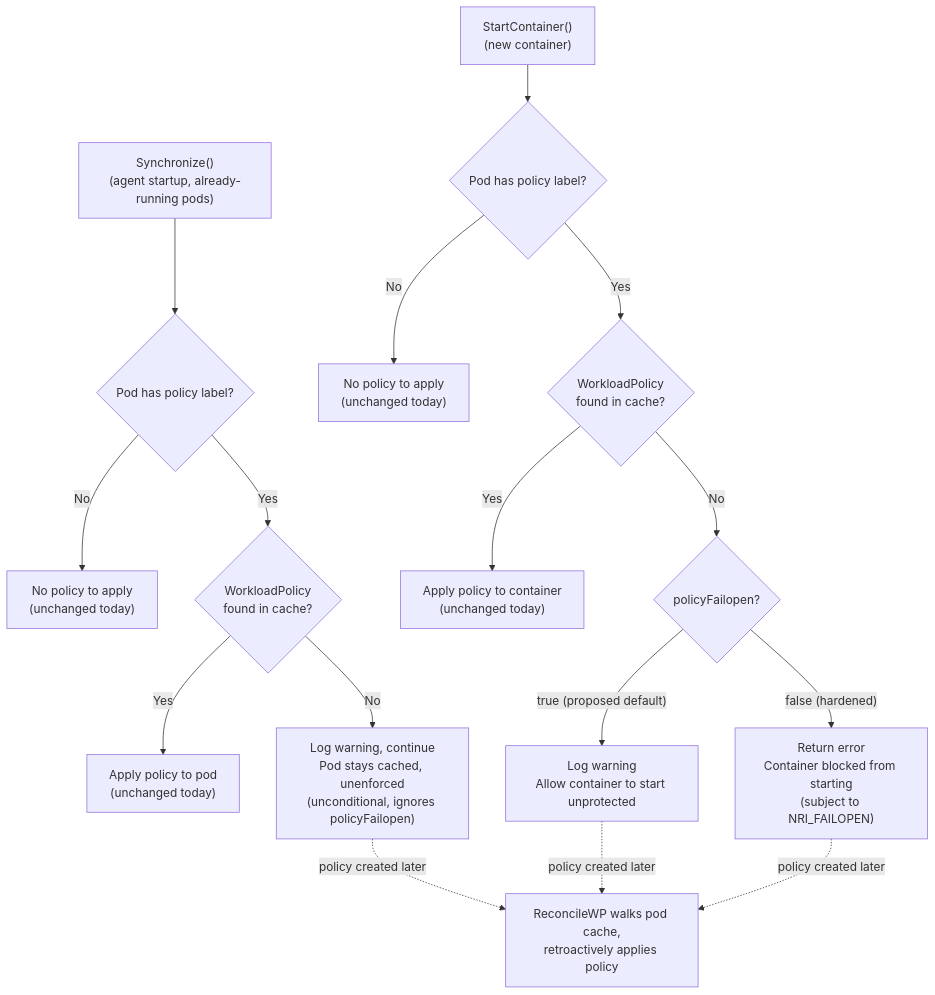
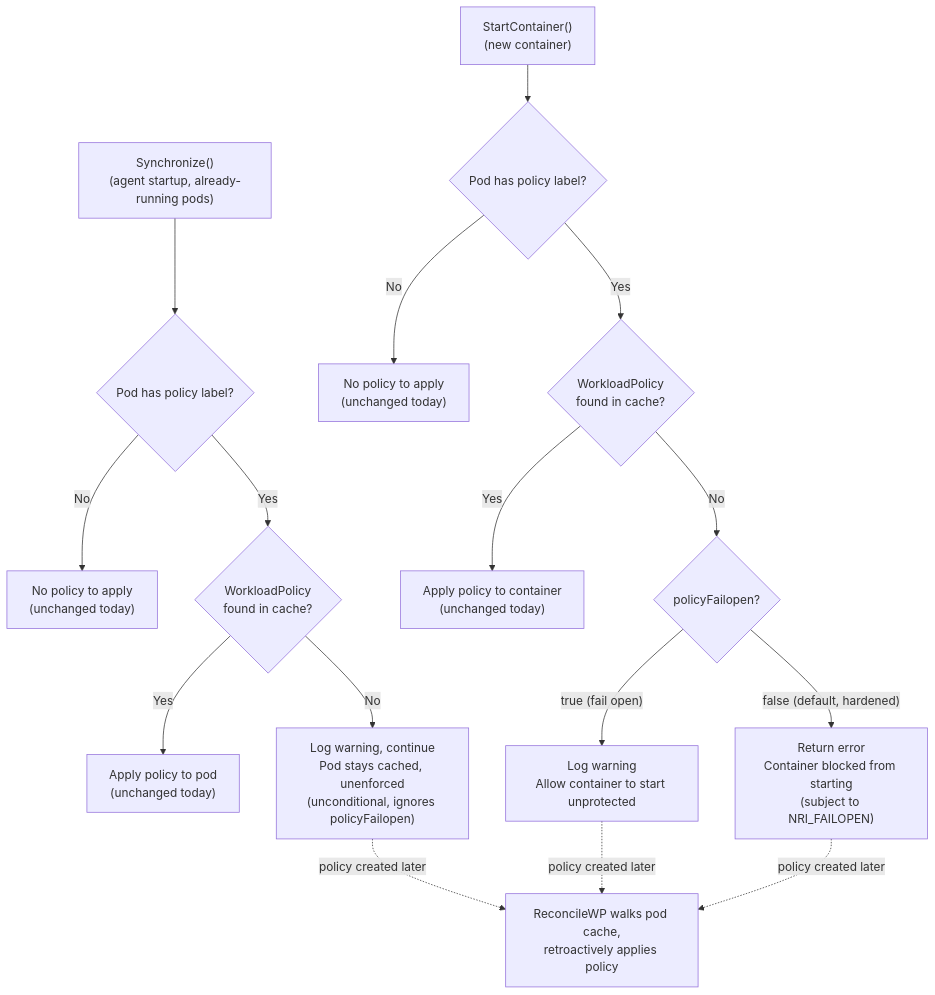
The diagram in docs/rfc/0009-missing-workload-policy-handling.md (holyspectral/runtime-enforcer), drawn with Mermaid before and after one commit. The commit also changed other lines of this file, not shown here.

````diff
--- a/docs/rfc/0009-missing-workload-policy-handling.md
+++ b/docs/rfc/0009-missing-workload-policy-handling.md
@@ -165,20 +162,20 @@
 ```mermaid
 flowchart TD
     A["Synchronize()\n(agent startup, already-running pods)"] --> B{"Pod has policy label?"}
     B -- No --> Z1["No policy to apply\n(unchanged today)"]
     B -- Yes --> C{"WorkloadPolicy\nfound in cache?"}
     C -- Yes --> D1["Apply policy to pod\n(unchanged today)"]
     C -- No --> F1["Log warning, continue\nPod stays cached, unenforced\n(unconditional, ignores policyFailopen)"]
 
     A2["StartContainer()\n(new container)"] --> B2{"Pod has policy label?"}
     B2 -- No --> Z2["No policy to apply\n(unchanged today)"]
     B2 -- Yes --> C2{"WorkloadPolicy\nfound in cache?"}
     C2 -- Yes --> D2["Apply policy to container\n(unchanged today)"]
     C2 -- No --> E2{"policyFailopen?"}
-    E2 -- "true (proposed default)" --> F2["Log warning\nAllow container to start unprotected"]
-    E2 -- "false (hardened)" --> G2["Return error\nContainer blocked from starting\n(subject to NRI_FAILOPEN)"]
+    E2 -- "true (fail open)" --> F2["Log warning\nAllow container to start unprotected"]
+    E2 -- "false (default, hardened)" --> G2["Return error\nContainer blocked from starting\n(subject to NRI_FAILOPEN)"]
 
     F1 -. "policy created later" .-> H["ReconcileWP walks pod cache,\nretroactively applies policy"]
     F2 -. "policy created later" .-> H
     G2 -. "policy created later" .-> H
 ```
````
